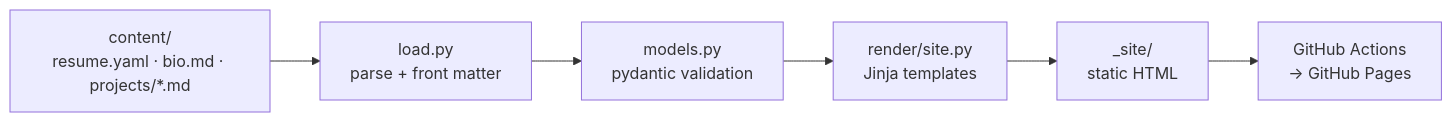
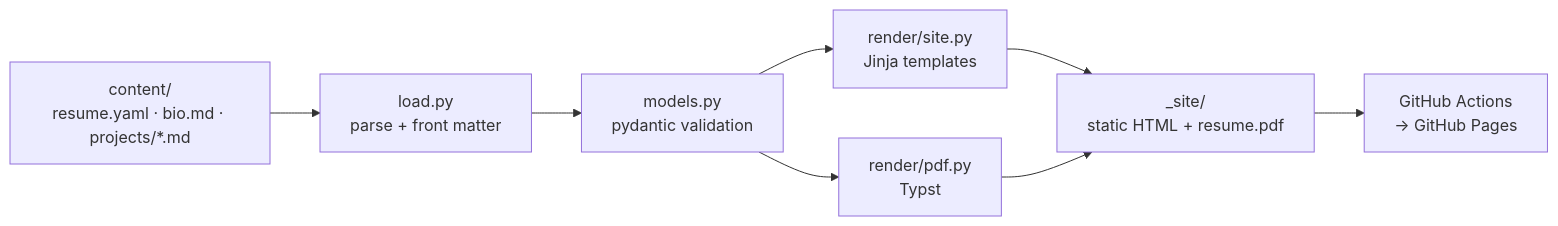
One commit to kyut0/kyut0.github.io changed the diagram in README.md. Above: the diagram before and after it, drawn with Mermaid. The commit also changed other lines of this file, not shown here.

````diff
--- a/README.md
+++ b/README.md
@@ -13,8 +13,10 @@
 ```mermaid
 flowchart LR
     A[content/<br>resume.yaml · bio.md · projects/*.md] --> B[load.py<br>parse + front matter]
     B --> C[models.py<br>pydantic validation]
     C --> D[render/site.py<br>Jinja templates]
-    D --> E[_site/<br>static HTML]
+    C --> P[render/pdf.py<br>Typst]
+    D --> E[_site/<br>static HTML + resume.pdf]
+    P --> E
     E --> F[GitHub Actions<br>→ GitHub Pages]
 ```
````
